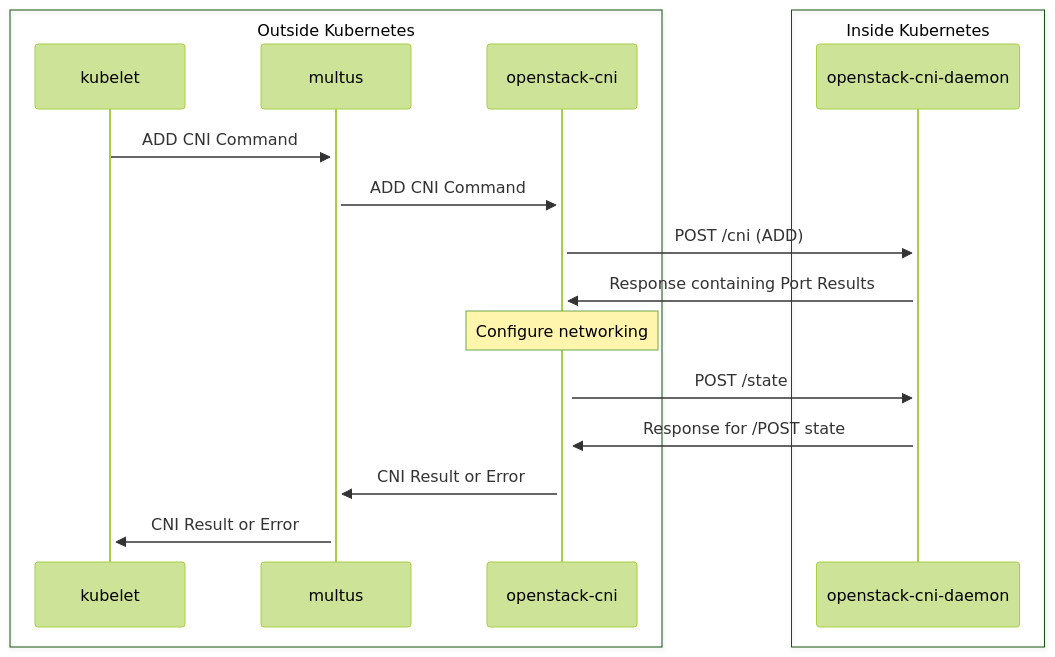
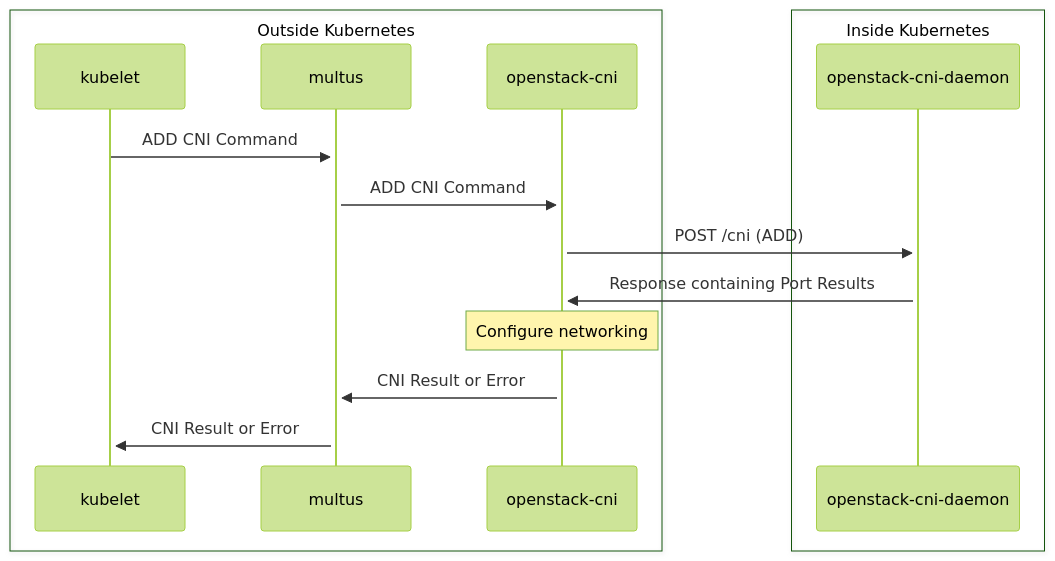
Before and after one commit to jrboelens/openstack-cni: the first of 2 diagrams in docs/diagrams.md, drawn with Mermaid (forest theme). The commit also changed other lines of this file and 35 other files, not shown here.

````diff
--- a/docs/diagrams.md
+++ b/docs/diagrams.md
@@ -5,20 +5,18 @@
 ```mermaid
 sequenceDiagram
     box Outside Kubernetes
     participant kubelet
     participant multus
     participant openstack-cni
     end
     box Inside Kubernetes
     participant openstack-cni-daemon
     end
     kubelet->>+multus: ADD CNI Command
     multus->>+openstack-cni: ADD CNI Command
     openstack-cni->>+openstack-cni-daemon: POST /cni (ADD)
     openstack-cni-daemon->>+openstack-cni: Response containing Port Results
     Note over openstack-cni: Configure networking
-    openstack-cni->>+openstack-cni-daemon: POST /state
-    openstack-cni-daemon->>+openstack-cni: Response for /POST state
     openstack-cni->>+multus: CNI Result or Error
     multus->>+kubelet: CNI Result or Error
 ```
````
